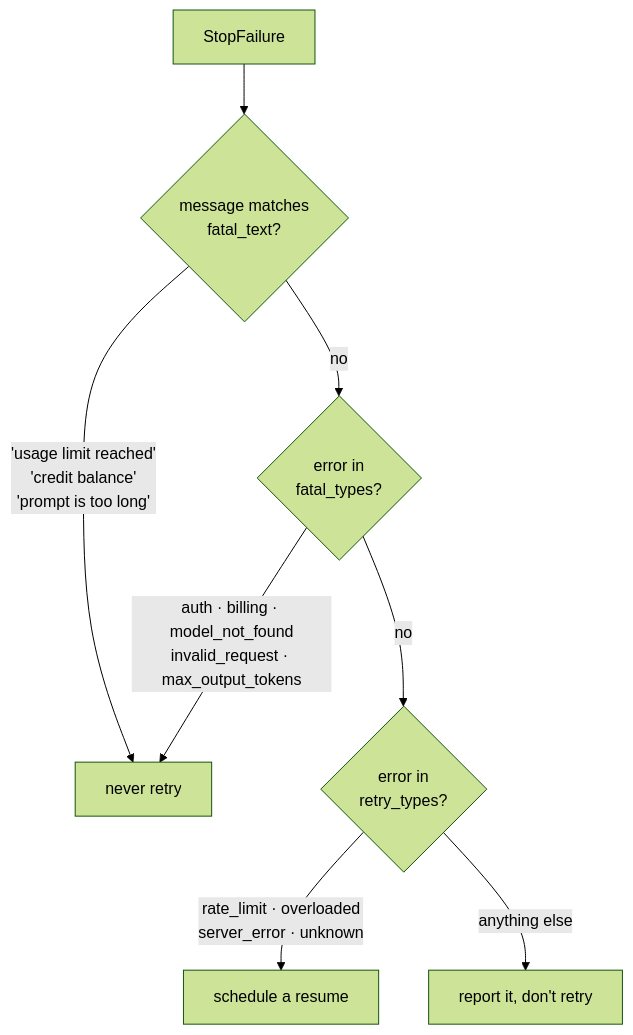
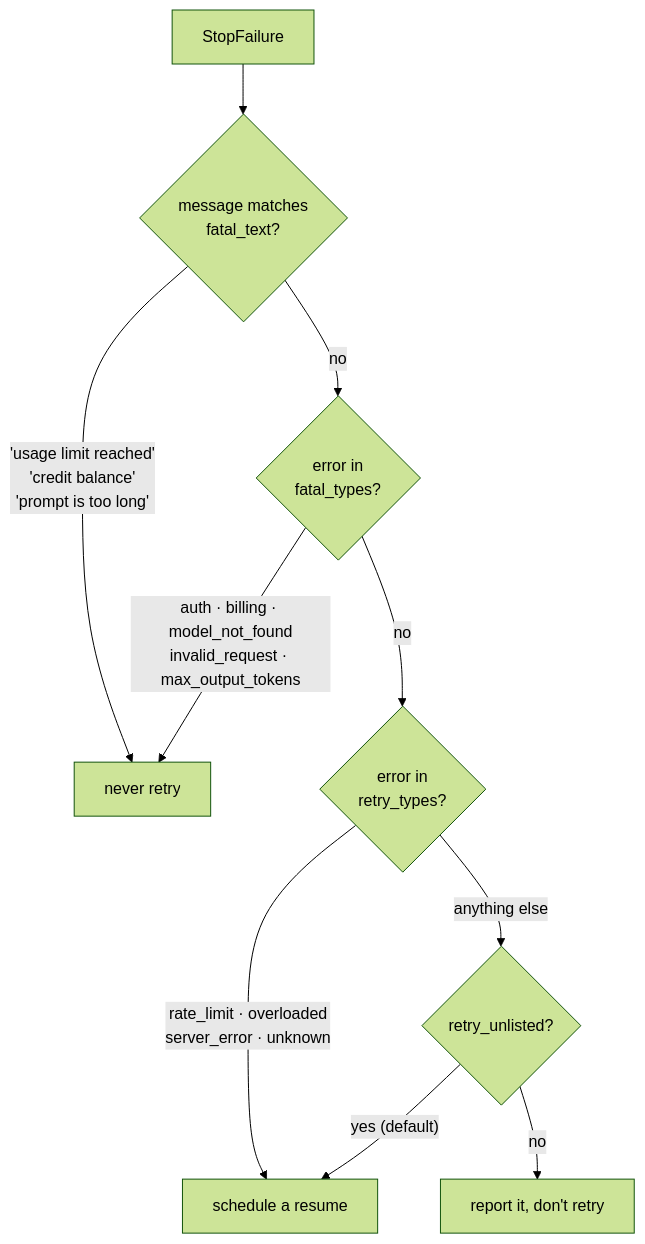
The fourth of 4 diagrams in watchdog/README.md (fuadnafiz98/claude-watchdog), drawn with Mermaid (forest theme) before and after one commit. The commit also changed other lines of this file and 3 other files, not shown here.

````diff
--- a/watchdog/README.md
+++ b/watchdog/README.md
@@ -200,10 +200,12 @@
 ```mermaid
 flowchart TD
     E[StopFailure] --> T{message matches<br/>fatal_text?}
     T -->|"'usage limit reached'<br/>'credit balance'<br/>'prompt is too long'"| F[never retry]
     T -->|no| Y{error in<br/>fatal_types?}
     Y -->|"auth · billing · model_not_found<br/>invalid_request · max_output_tokens"| F
     Y -->|no| R{error in<br/>retry_types?}
     R -->|"rate_limit · overloaded<br/>server_error · unknown"| G[schedule a resume]
-    R -->|anything else| S[report it, don't retry]
+    R -->|anything else| U{retry_unlisted?}
+    U -->|"yes (default)"| G
+    U -->|no| S[report it, don't retry]
 ```
````
